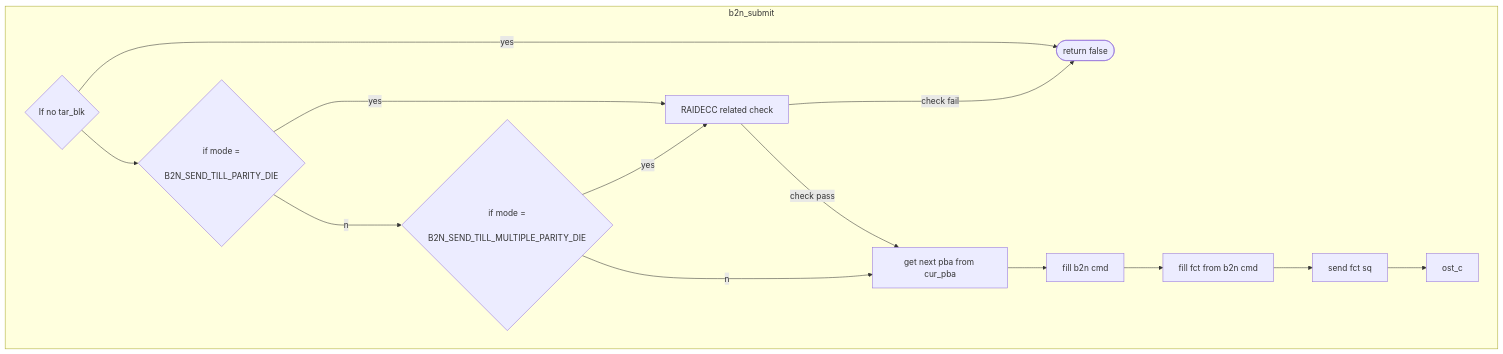
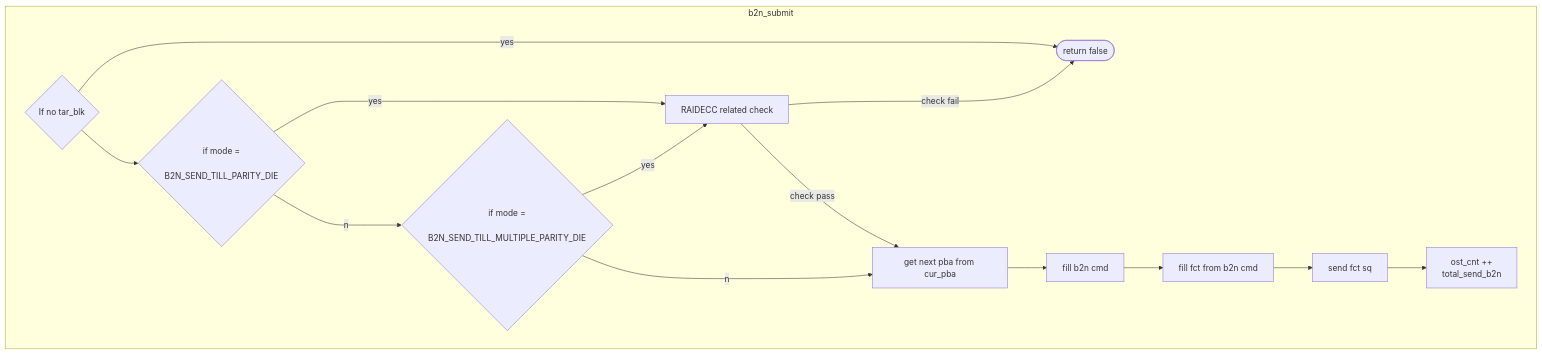
Before and after one commit to jenny112646/iodraw-files: the diagram in all/未命名-2.md, drawn with Mermaid.

Commit message:
2024-06-07 11:04:30 update

````diff
--- a/all/未命名-2.md
+++ b/all/未命名-2.md
@@ -1,20 +1,21 @@
 ```mermaid
 flowchart TD
 subgraph b2n_submit
     direction LR
     c1{"If no tar_blk"} --yes--> c2([return false])
     c1 --> c3{"if mode =
     B2N_SEND_TILL_PARITY_DIE"}
     c3 --yes--> c4["RAIDECC related check"]
     c3 --no--> c5{"if mode =
     B2N_SEND_TILL_MULTIPLE_PARITY_DIE"}
     c5 --yes--> c4["RAIDECC related check"]
     c5 --no--> c6["get next pba from cur_pba"]
     c4 --"check fail"---> c2
     c4 --"check pass"--> c6
     c6 --> c7["fill b2n cmd"]
     c7 --> c8["fill fct from b2n cmd"]
     c8 --> c9["send fct sq"]
-    c9 --> c10["ost_c"]
+    c9 --> c10["ost_cnt ++
+    total_send_b2n"]
 end
 ```
````
